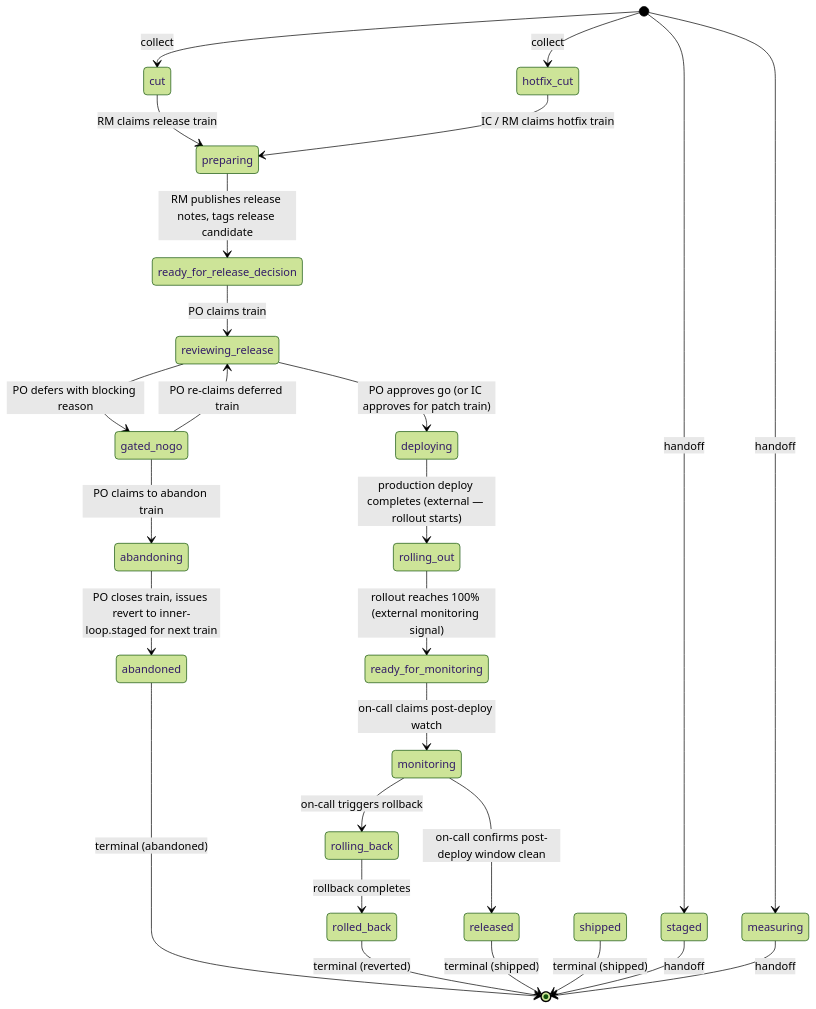
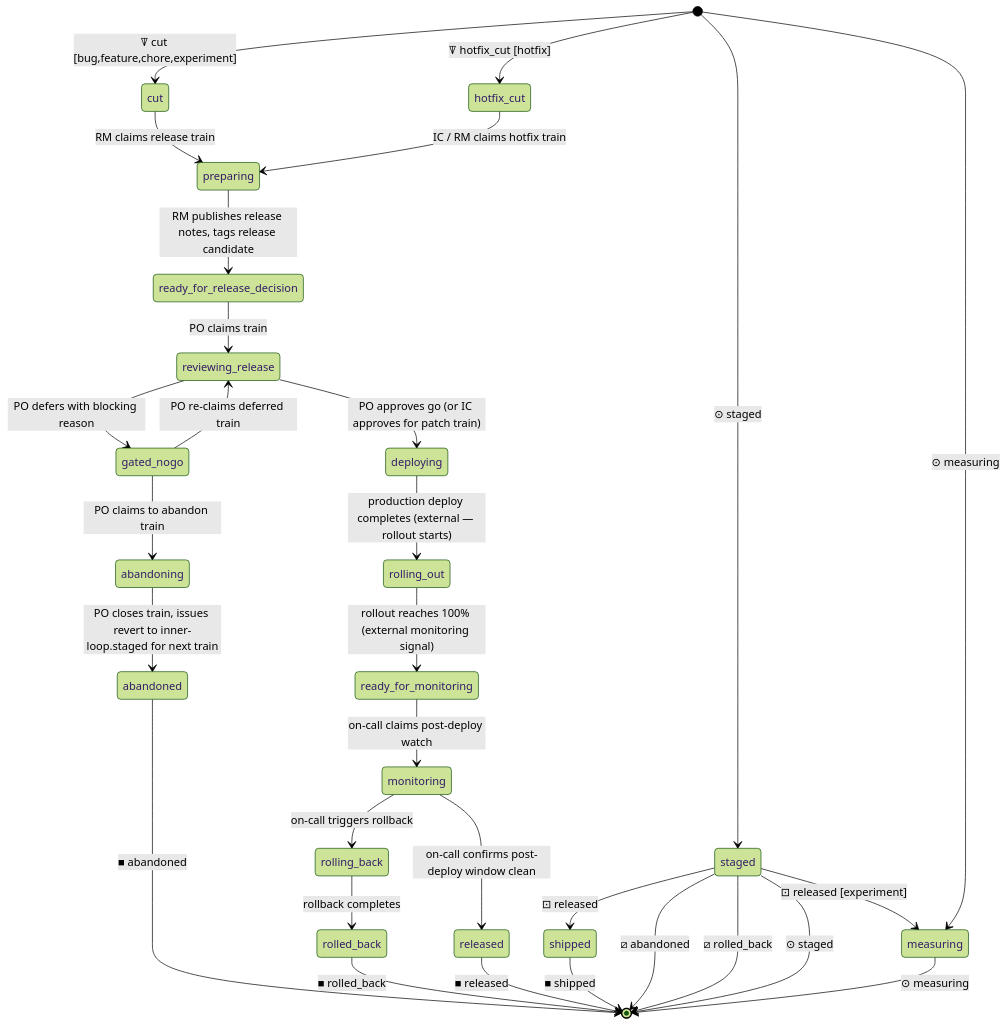
The diagram in examples/workflows/release-states.mermaid (blemees/blemees-workflow), drawn with Mermaid (forest theme) before and after one commit. The commit also changed 28 other files, not shown here.

```diff
--- a/examples/workflows/release-states.mermaid
+++ b/examples/workflows/release-states.mermaid
@@ -1,32 +1,36 @@
 stateDiagram-v2
     direction TB
     %% Cross-process interfaces:
     %%   Handoff: staged (shared resting state)
     %%   Handoff: measuring (shared resting state)
     %%
 
     cut --> preparing: RM claims release train
     hotfix_cut --> preparing: IC / RM claims hotfix train
     preparing --> ready_for_release_decision: RM publishes release notes, tags release candidate
     ready_for_release_decision --> reviewing_release: PO claims train
     reviewing_release --> gated_nogo: PO defers with blocking reason
     reviewing_release --> deploying: PO approves go (or IC approves for patch train)
     gated_nogo --> reviewing_release: PO re-claims deferred train
     gated_nogo --> abandoning: PO claims to abandon train
     abandoning --> abandoned: PO closes train, issues revert to inner-loop.staged for next train
     deploying --> rolling_out: production deploy completes (external — rollout starts)
     rolling_out --> ready_for_monitoring: rollout reaches 100% (external monitoring signal)
     ready_for_monitoring --> monitoring: on-call claims post-deploy watch
     monitoring --> released: on-call confirms post-deploy window clean
     monitoring --> rolling_back: on-call triggers rollback
     rolling_back --> rolled_back: rollback completes
-    abandoned --> [*]: terminal (abandoned)
-    rolled_back --> [*]: terminal (reverted)
-    released --> [*]: terminal (shipped)
-    shipped --> [*]: terminal (shipped)
-    [*] --> staged: handoff
-    staged --> [*]: handoff
-    [*] --> measuring: handoff
-    measuring --> [*]: handoff
-    [*] --> cut: collect
-    [*] --> hotfix_cut: collect
+    abandoned --> [*]: ■ abandoned
+    rolled_back --> [*]: ■ rolled_back
+    released --> [*]: ■ released
+    shipped --> [*]: ■ shipped
+    staged --> measuring: ⊡ released [experiment]
+    staged --> shipped: ⊡ released
+    staged --> [*]: ⧄ abandoned
+    staged --> [*]: ⧄ rolled_back
+    [*] --> staged: ⊙ staged
+    staged --> [*]: ⊙ staged
+    [*] --> measuring: ⊙ measuring
+    measuring --> [*]: ⊙ measuring
+    [*] --> cut: ꘜ cut [bug,feature,chore,experiment]
+    [*] --> hotfix_cut: ꘜ hotfix_cut [hotfix]
```
